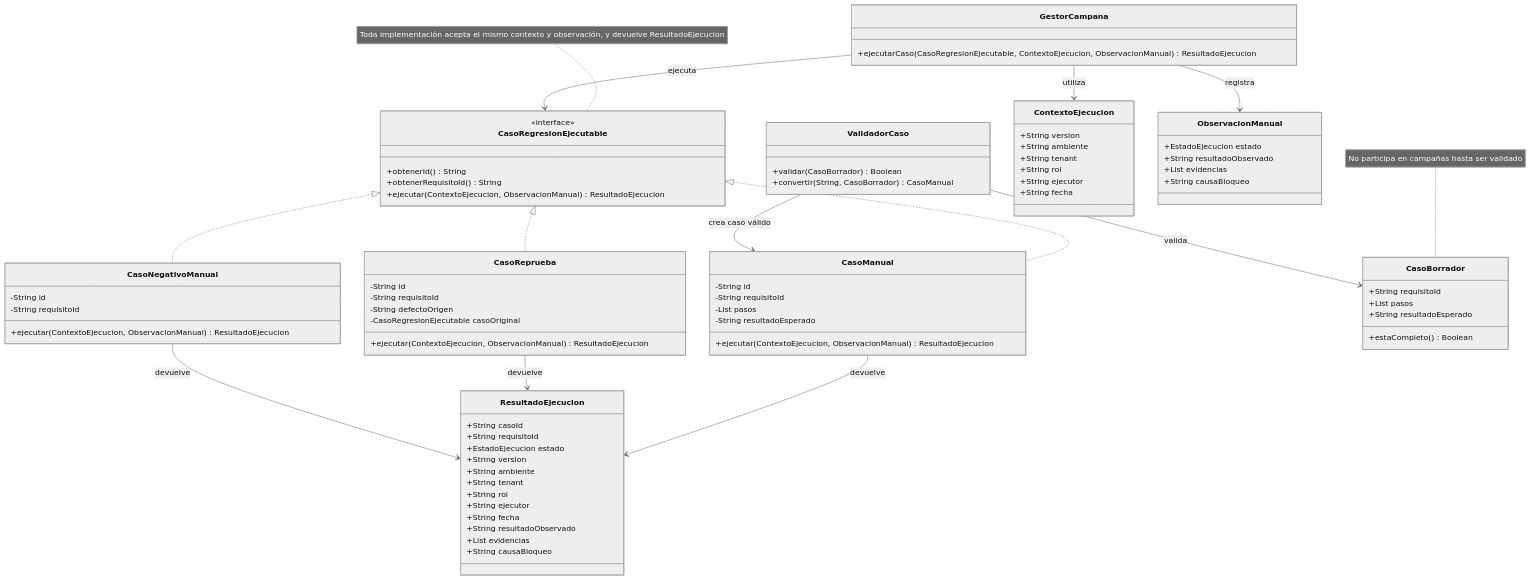
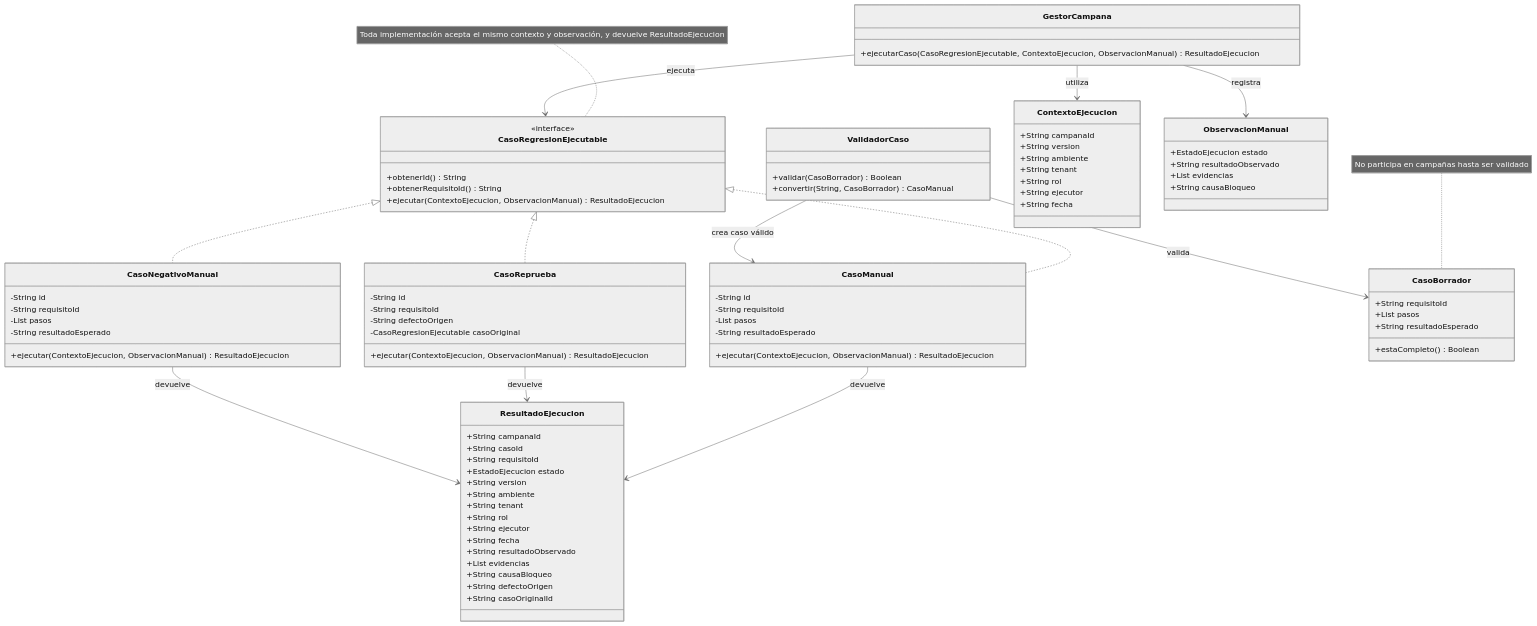
The diagram in week-02/diagramas/02-diseno-despues-lsp.mmd (DidhyerOrtiz/asii28-qa-funcional-tareas), drawn with Mermaid (neutral theme) before and after one commit. The commit also changed 7 other files, not shown here.

```diff
--- a/week-02/diagramas/02-diseno-despues-lsp.mmd
+++ b/week-02/diagramas/02-diseno-despues-lsp.mmd
@@ -1,92 +1,98 @@
 classDiagram
     direction TB
 
     class CasoRegresionEjecutable {
         <<interface>>
         +obtenerId() String
         +obtenerRequisitoId() String
         +ejecutar(ContextoEjecucion, ObservacionManual) ResultadoEjecucion
     }
 
     class CasoManual {
         -String id
         -String requisitoId
         -List pasos
         -String resultadoEsperado
         +ejecutar(ContextoEjecucion, ObservacionManual) ResultadoEjecucion
     }
 
     class CasoReprueba {
         -String id
         -String requisitoId
         -String defectoOrigen
         -CasoRegresionEjecutable casoOriginal
         +ejecutar(ContextoEjecucion, ObservacionManual) ResultadoEjecucion
     }
 
     class CasoNegativoManual {
         -String id
         -String requisitoId
+        -List pasos
+        -String resultadoEsperado
         +ejecutar(ContextoEjecucion, ObservacionManual) ResultadoEjecucion
     }
 
     class CasoBorrador {
         +String requisitoId
         +List pasos
         +String resultadoEsperado
         +estaCompleto() Boolean
     }
 
     class ValidadorCaso {
         +validar(CasoBorrador) Boolean
         +convertir(String, CasoBorrador) CasoManual
     }
 
     class ContextoEjecucion {
+        +String campanaId
         +String version
         +String ambiente
         +String tenant
         +String rol
         +String ejecutor
         +String fecha
     }
 
     class ObservacionManual {
         +EstadoEjecucion estado
         +String resultadoObservado
         +List evidencias
         +String causaBloqueo
     }
 
     class ResultadoEjecucion {
+        +String campanaId
         +String casoId
         +String requisitoId
         +EstadoEjecucion estado
         +String version
         +String ambiente
         +String tenant
         +String rol
         +String ejecutor
         +String fecha
         +String resultadoObservado
         +List evidencias
         +String causaBloqueo
+        +String defectoOrigen
+        +String casoOriginalId
     }
 
     class GestorCampana {
         +ejecutarCaso(CasoRegresionEjecutable, ContextoEjecucion, ObservacionManual) ResultadoEjecucion
     }
 
     CasoRegresionEjecutable <|.. CasoManual
     CasoRegresionEjecutable <|.. CasoReprueba
     CasoRegresionEjecutable <|.. CasoNegativoManual
     GestorCampana --> CasoRegresionEjecutable : ejecuta
     GestorCampana --> ContextoEjecucion : utiliza
     GestorCampana --> ObservacionManual : registra
     CasoManual --> ResultadoEjecucion : devuelve
     CasoReprueba --> ResultadoEjecucion : devuelve
     CasoNegativoManual --> ResultadoEjecucion : devuelve
     ValidadorCaso --> CasoBorrador : valida
     ValidadorCaso --> CasoManual : crea caso válido
     note for CasoRegresionEjecutable "Toda implementación acepta el mismo contexto y observación, y devuelve ResultadoEjecucion"
     note for CasoBorrador "No participa en campañas hasta ser validado"
```
